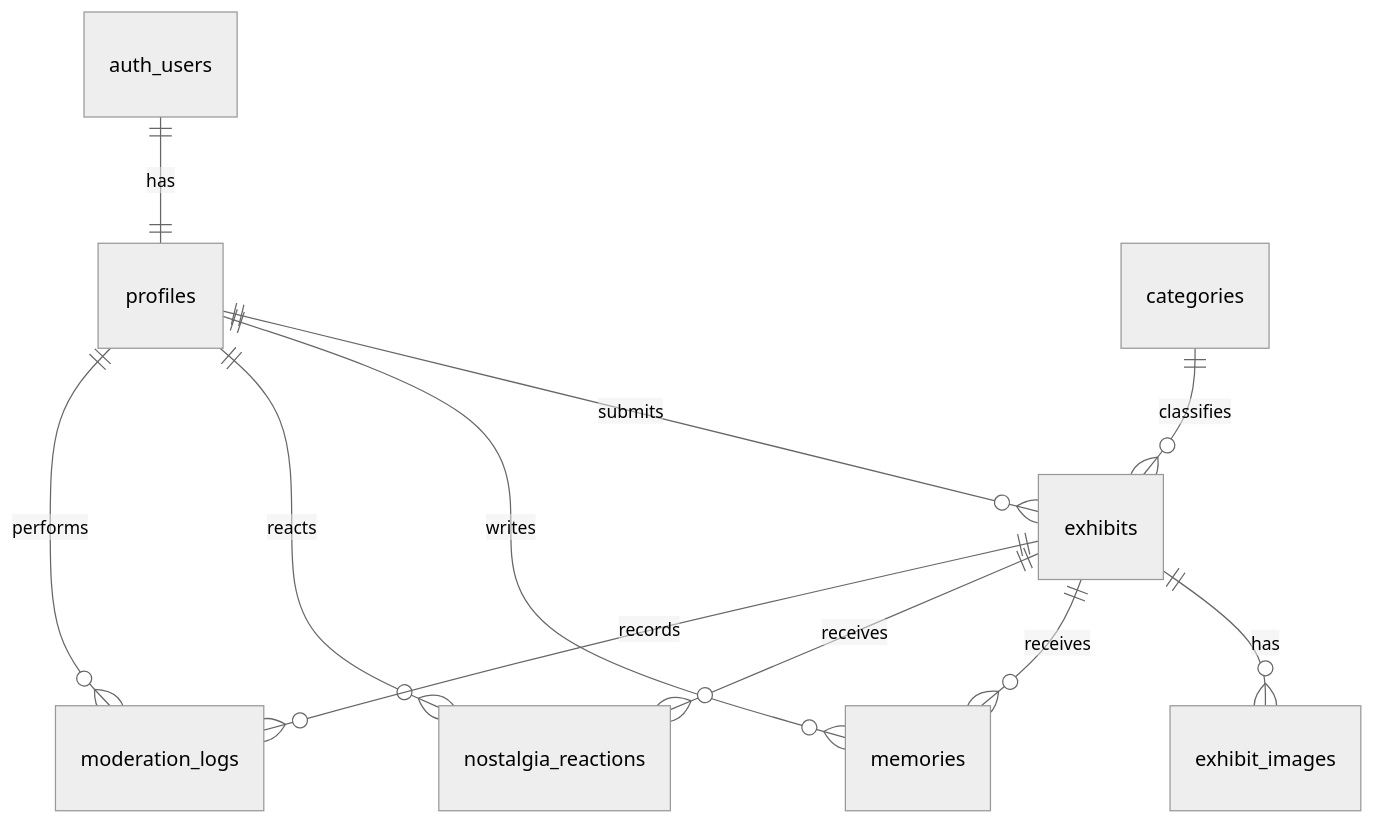
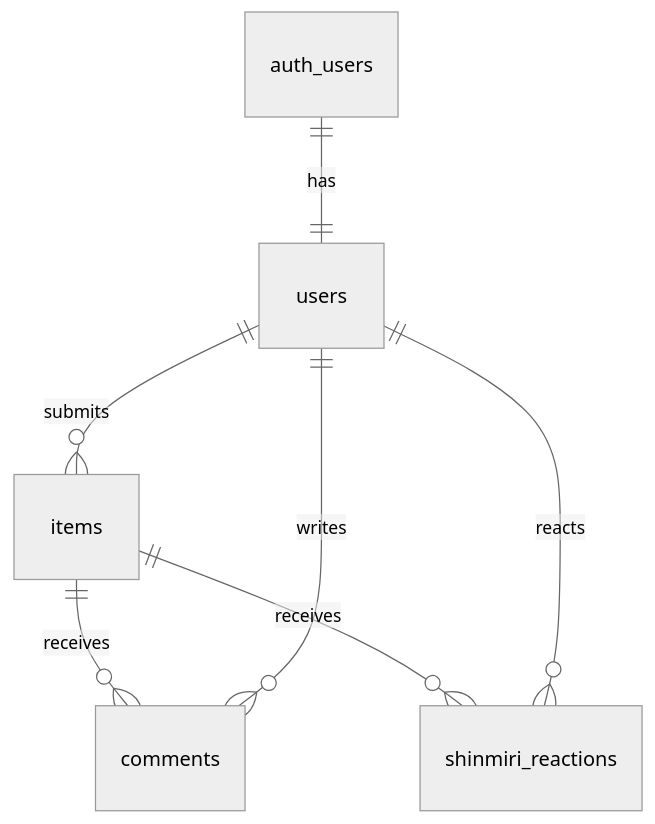
The diagram in docs/DATABASE_DESIGN.md (yasusudas/anokoro-museum), drawn with Mermaid (neutral theme) before and after one commit. The commit also changed other lines of this file and 2 other files, not shown here.

````diff
--- a/docs/DATABASE_DESIGN.md
+++ b/docs/DATABASE_DESIGN.md
@@ -7,13 +7,9 @@
 ```mermaid
 erDiagram
-  auth_users ||--|| profiles : has
-  profiles ||--o{ exhibits : submits
-  categories ||--o{ exhibits : classifies
-  exhibits ||--o{ exhibit_images : has
-  exhibits ||--o{ memories : receives
-  profiles ||--o{ memories : writes
-  exhibits ||--o{ nostalgia_reactions : receives
-  profiles ||--o{ nostalgia_reactions : reacts
-  profiles ||--o{ moderation_logs : performs
-  exhibits ||--o{ moderation_logs : records
+  auth_users ||--|| users : has
+  users ||--o{ items : submits
+  items ||--o{ comments : receives
+  users ||--o{ comments : writes
+  items ||--o{ shinmiri_reactions : receives
+  users ||--o{ shinmiri_reactions : reacts
 ```
````
